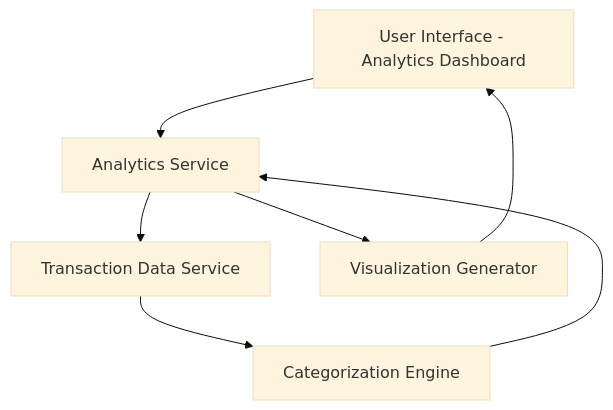
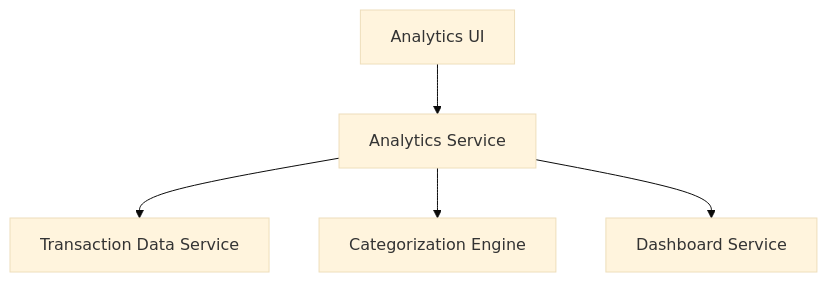
One commit to AAVA-Demo/APB_Demo changed the diagram in HLD/QE-7797_HLD.md. Above: the diagram before and after it, drawn with Mermaid (base theme). The commit also changed other lines of this file and 5 other files, not shown here.

````diff
--- a/HLD/QE-7797_HLD.md
+++ b/HLD/QE-7797_HLD.md
@@ -7,14 +7,12 @@
 ```mermaid
 flowchart TD
-    A["User Interface - Analytics Dashboard"]
+    A["Analytics UI"]
     B["Analytics Service"]
     C["Transaction Data Service"]
     D["Categorization Engine"]
-    E["Visualization Generator"]
+    E["Dashboard Service"]
     A --> B
     B --> C
-    C --> D
-    D --> B
+    B --> D
     B --> E
-    E --> A
 ```
````
